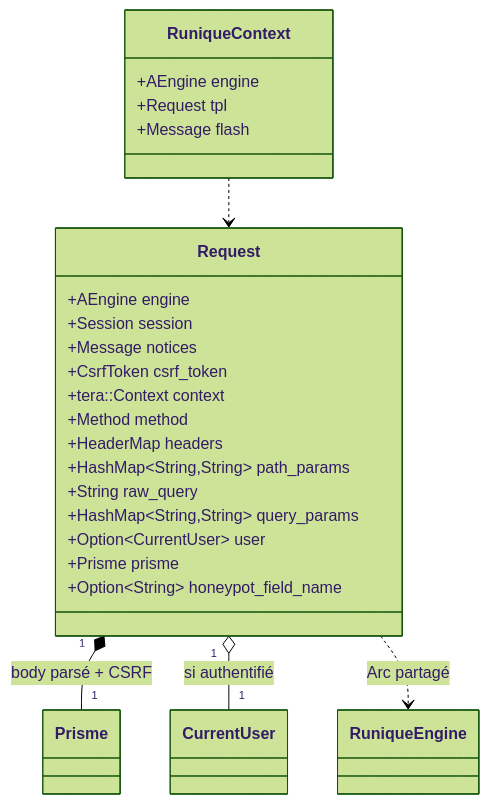
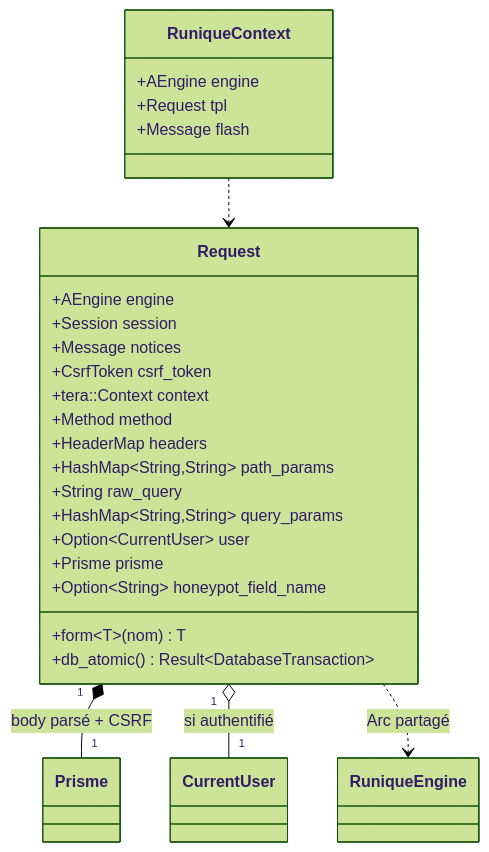
One commit to seb-alliot/runique changed the second of 2 diagrams in diagramme/uml/engine/engine-et-contexte.md. Above: the diagram before and after it, drawn with Mermaid (forest theme). The commit also changed other lines of this file and 56 other files, not shown here.

````diff
--- a/diagramme/uml/engine/engine-et-contexte.md
+++ b/diagramme/uml/engine/engine-et-contexte.md
@@ -36,27 +37,29 @@
 ```mermaid
 classDiagram
     class Request {
         +AEngine engine
         +Session session
         +Message notices
         +CsrfToken csrf_token
         +tera::Context context
         +Method method
         +HeaderMap headers
         +HashMap~String,String~ path_params
         +String raw_query
         +HashMap~String,String~ query_params
         +Option~CurrentUser~ user
         +Prisme prisme
         +Option~String~ honeypot_field_name
+        +form~T~(nom) T
+        +db_atomic() Result~DatabaseTransaction~
     }
     class RuniqueContext {
         +AEngine engine
         +Request tpl
         +Message flash
     }
     Request "1" *-- "1" Prisme : body parsé + CSRF
     Request "1" o-- "1" CurrentUser : si authentifié
     Request ..> RuniqueEngine : Arc partagé
     RuniqueContext ..> Request
 ```
````
